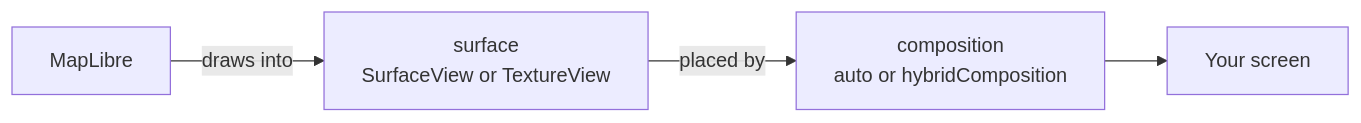
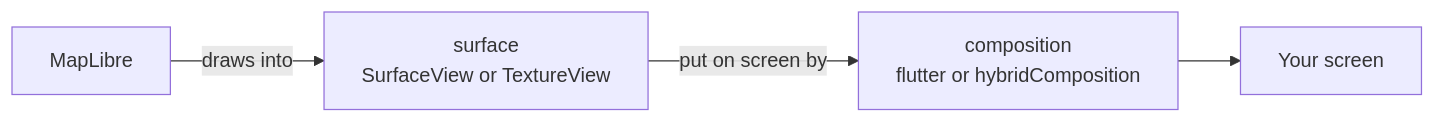
The diagram in website/docs/advanced/performance.md (jamesrobb/flutter-maplibre-gl), drawn with Mermaid before and after one commit. The commit also changed other lines of this file and 4 other files, not shown here.

First line of the commit message:
feat(android): AndroidComposition.flutter replaces auto

````diff
--- a/website/docs/advanced/performance.md
+++ b/website/docs/advanced/performance.md
@@ -72,6 +72,6 @@
 ```mermaid
 flowchart LR
   M[MapLibre] -- draws into --> S["surface<br/>SurfaceView or TextureView"]
-  S -- placed by --> C["composition<br/>auto or hybridComposition"]
+  S -- put on screen by --> C["composition<br/>flutter or hybridComposition"]
   C --> Y[Your screen]
 ```
````
